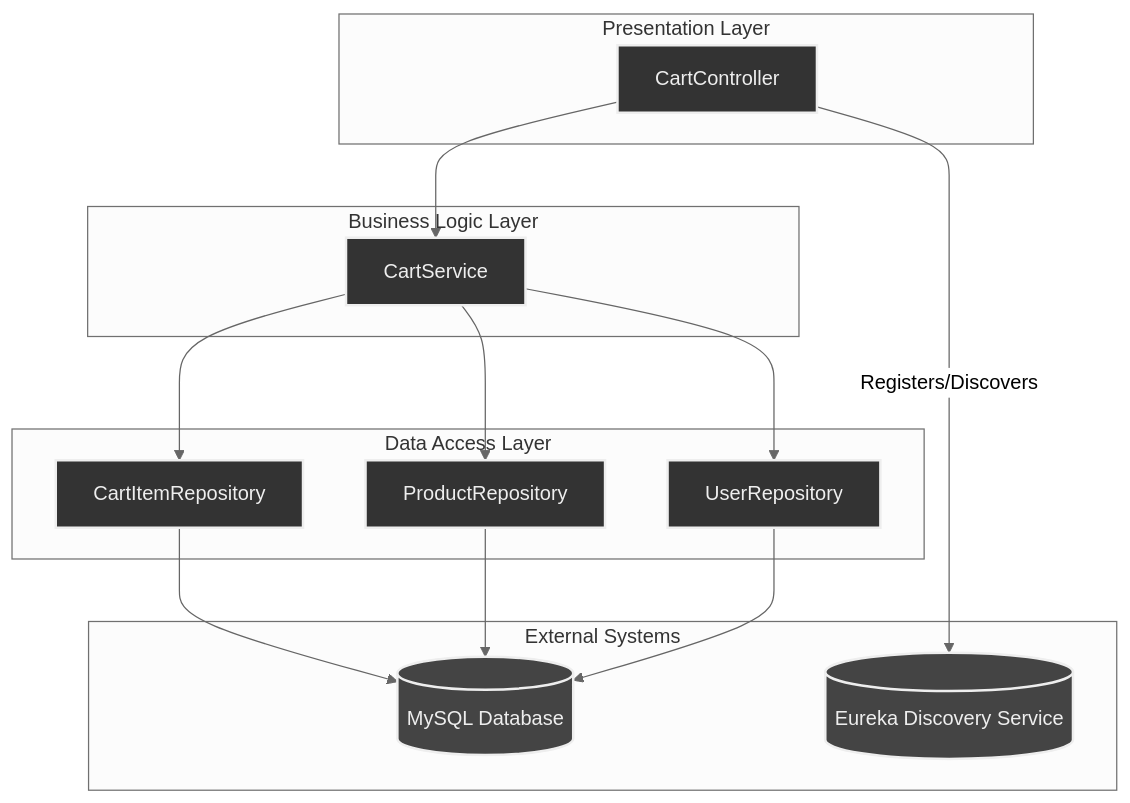
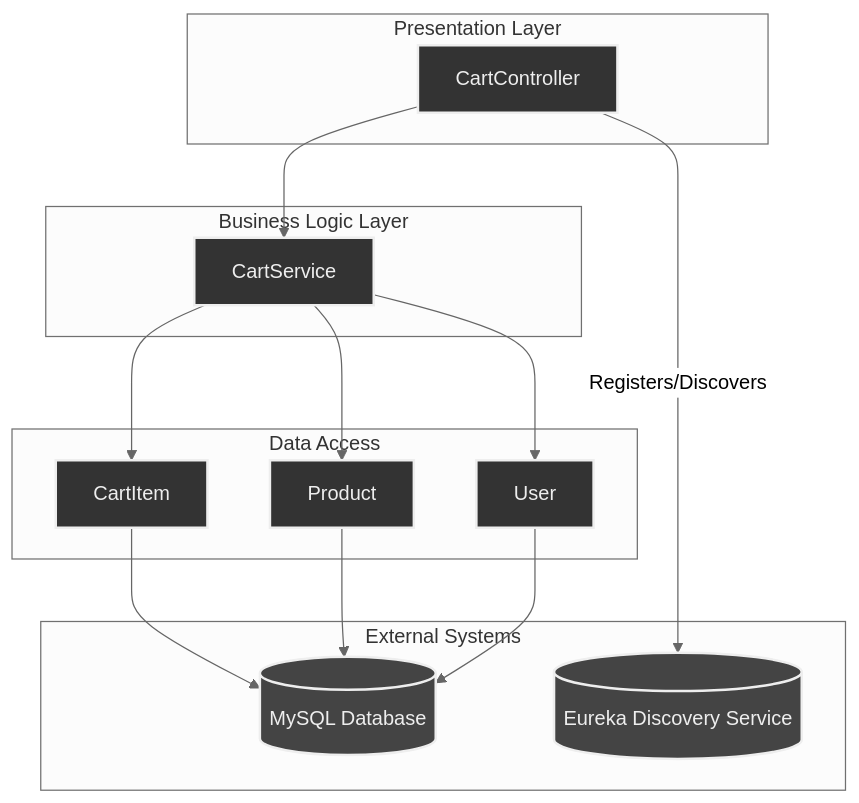
Before and after one commit to ACHYUTH-S-11/E_Commerce: the first of 2 diagrams in README.md, drawn with Mermaid (neutral theme).

````diff
--- a/README.md
+++ b/README.md
@@ -59,43 +59,43 @@
 ```mermaid
 graph TD
     subgraph "Presentation Layer"
         CartController[CartController]
     end
  
     subgraph "Business Logic Layer"
         CartService[CartService]
     end
  
-    subgraph "Data Access Layer"
-        CartItemRepository[CartItemRepository]
-        ProductRepository[ProductRepository]
-        UserRepository[UserRepository]
+    subgraph "Data Access"
+        CartItem[CartItem]
+        Product[Product]
+        User[User]
     end
  
     subgraph "External Systems"
         MySQL[(MySQL Database)]
         Eureka[(Eureka Discovery Service)]
     end
  
     CartController --> CartService
-    CartService --> CartItemRepository
-    CartService --> ProductRepository
-    CartService --> UserRepository
-    CartItemRepository --> MySQL
-    ProductRepository --> MySQL
-    UserRepository --> MySQL
+    CartService --> CartItem
+    CartService --> Product
+    CartService --> User
+    CartItem --> MySQL
+    Product --> MySQL
+    User --> MySQL
  
     CartController -- Registers/Discovers --> Eureka
 
  
     %% Optional: Styles for better visual separation (might not render in all GitHub viewers)
     %% Some GitHub Markdown viewers might not support advanced styling directly within the code block.
     %% If these styles don't render, the basic connections will still be clear.
     style CartController fill:#333,stroke:#eee,stroke-width:2px,color:#eee
     style CartService fill:#333,stroke:#eee,stroke-width:2px,color:#eee
-    style CartItemRepository fill:#333,stroke:#eee,stroke-width:2px,color:#eee
-    style ProductRepository fill:#333,stroke:#eee,stroke-width:2px,color:#eee
-    style UserRepository fill:#333,stroke:#eee,stroke-width:2px,color:#eee
+    style CartItem fill:#333,stroke:#eee,stroke-width:2px,color:#eee
+    style Product fill:#333,stroke:#eee,stroke-width:2px,color:#eee
+    style User fill:#333,stroke:#eee,stroke-width:2px,color:#eee
     style MySQL fill:#444,stroke:#eee,stroke-width:2px,color:#eee
     style Eureka fill:#444,stroke:#eee,stroke-width:2px,color:#eee
 ```
````
